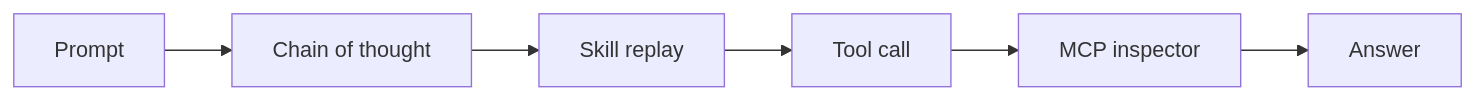
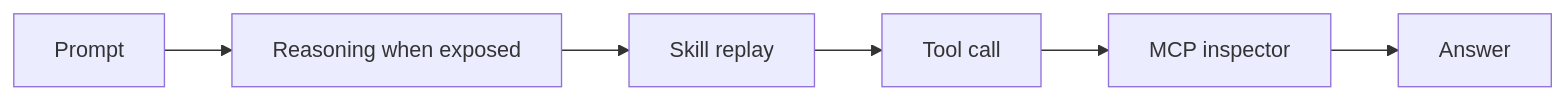
The diagram in README.md (nimrodfisher/agent-think-map), drawn with Mermaid before and after one commit. The commit also changed other lines of this file and 4 other files, not shown here.

````diff
--- a/README.md
+++ b/README.md
@@ -237,8 +237,8 @@
 ```mermaid
 flowchart LR
-  Prompt[Prompt] --> Think[Chain of thought]
+  Prompt[Prompt] --> Think[Reasoning when exposed]
   Think --> Skill[Skill replay]
   Skill --> Tool[Tool call]
   Tool --> Mcp[MCP inspector]
   Mcp --> Answer[Answer]
 ```
````
